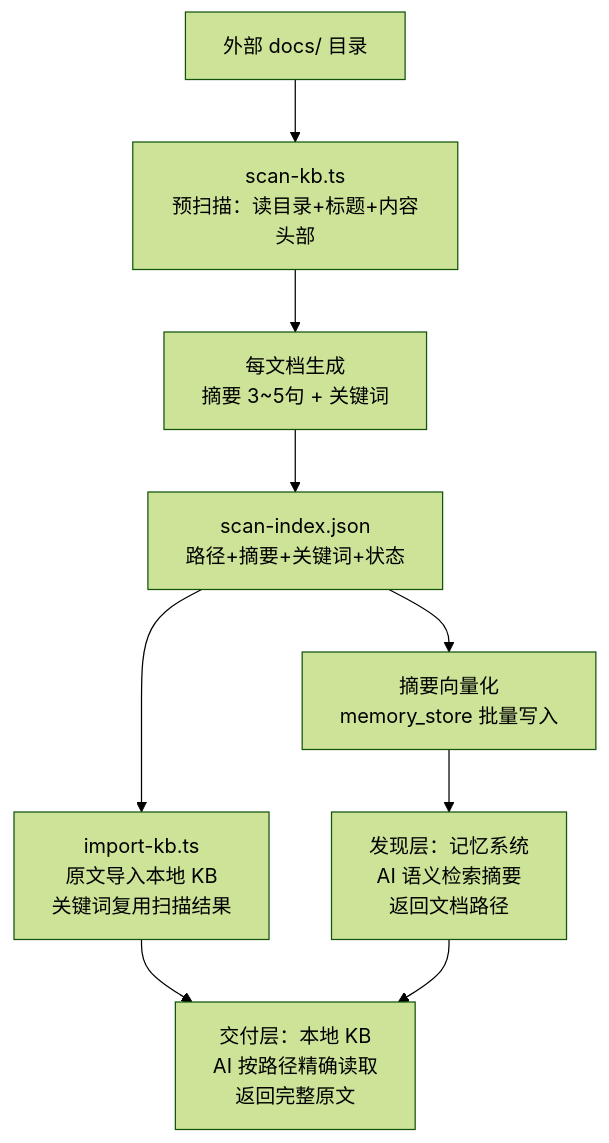
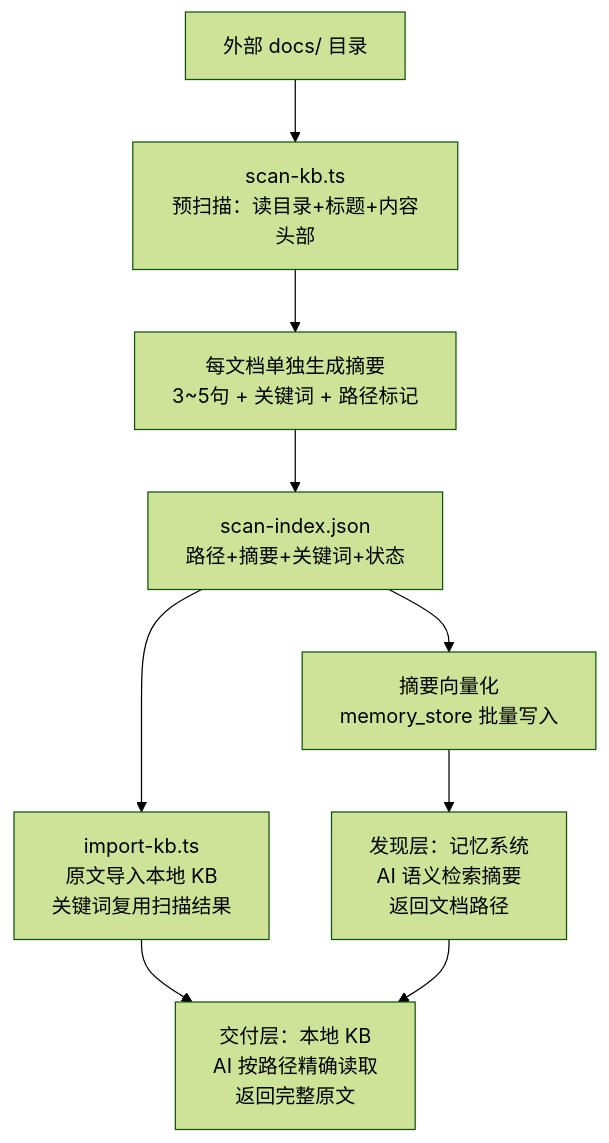
One commit to HACK-WU/memory-lancedb-mcp changed the third of 9 diagrams in docs/knowledge-index-skill_DESIGN.md. Above: the diagram before and after it, drawn with Mermaid (forest theme). The commit also changed other lines of this file and 19 other files, not shown here.

````diff
--- a/docs/knowledge-index-skill_DESIGN.md
+++ b/docs/knowledge-index-skill_DESIGN.md
@@ -200,11 +198,11 @@
 ```mermaid
 flowchart TD
     EXT[外部 docs/ 目录] --> PRESCAN[scan-kb.ts<br/>预扫描：读目录+标题+内容头部]
-    PRESCAN --> SUMMARY[每文档生成<br/>摘要 3~5句 + 关键词]
+    PRESCAN --> SUMMARY[每文档单独生成摘要<br/>3~5句 + 关键词 + 路径标记]
     SUMMARY --> SCANIDX[scan-index.json<br/>路径+摘要+关键词+状态]
     SCANIDX --> VEC[摘要向量化<br/>memory_store 批量写入]
     SCANIDX --> IMPORT[import-kb.ts<br/>原文导入本地 KB<br/>关键词复用扫描结果]
     VEC --> DISCOVER[发现层：记忆系统<br/>AI 语义检索摘要<br/>返回文档路径]
     IMPORT --> DELIVER[交付层：本地 KB<br/>AI 按路径精确读取<br/>返回完整原文]
     DISCOVER --> DELIVER
 ```
````
